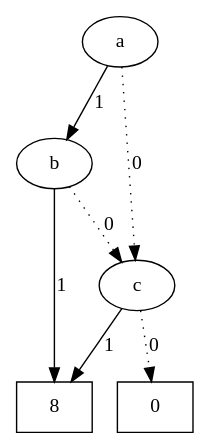
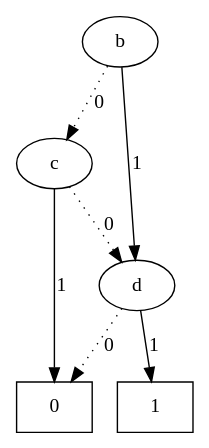
One commit to Kevinliaoo/ROBDD changed the diagram in output.dot. Above: the diagram before and after it, drawn with Graphviz. The commit also changed 5 other files, not shown here.

```diff
--- a/output.dot
+++ b/output.dot
@@ -1,18 +1,18 @@
 digraph ROBDD {
-	{rank=same 1}
-	{rank=same 3}
+	{rank=same 2}
 	{rank=same 4}
+	{rank=same 8}
 
-	0[label=0,shape=box]
-	1[label="a"]
-	3[label="b"]
+	0[label="0",shape=box]
+	2[label="b"]
 	4[label="c"]
-	8[label=8,shape=box]
+	8[label="d"]
+	16[label="1",shape=box]
 
-	1->4[label="0",style=dotted]
-	1->3[label="1",style=solid]
-	3->4[label="0",style=dotted]
-	3->8[label="1",style=solid]
-	4->0[label="0",style=dotted]
-	4->8[label="1",style=solid]
+	2->4[label="0",style=dotted]
+	2->8[label="1",style=solid]
+	4->8[label="0",style=dotted]
+	4->0[label="1",style=solid]
+	8->0[label="0",style=dotted]
+	8->16[label="1",style=solid]
 }
```
